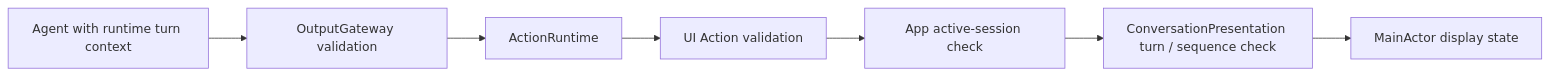
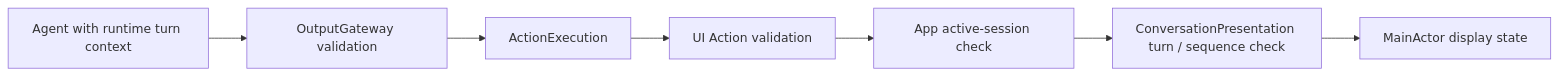
The diagram in MobileHarness/Actions/UI/README.md (devilyouwei/MobileHarness), drawn with Mermaid before and after one commit. The commit also changed other lines of this file and 132 other files, not shown here.

````diff
--- a/MobileHarness/Actions/UI/README.md
+++ b/MobileHarness/Actions/UI/README.md
@@ -29,9 +29,9 @@
 ```mermaid
 flowchart LR
     Agent[Agent with runtime turn context] --> Gateway[OutputGateway validation]
-    Gateway --> Runtime[ActionRuntime]
+    Gateway --> Runtime[ActionExecution]
     Runtime --> Action[UI Action validation]
     Action --> Session[App active-session check]
     Session --> Turn[ConversationPresentation turn / sequence check]
     Turn --> View[MainActor display state]
 ```
````
